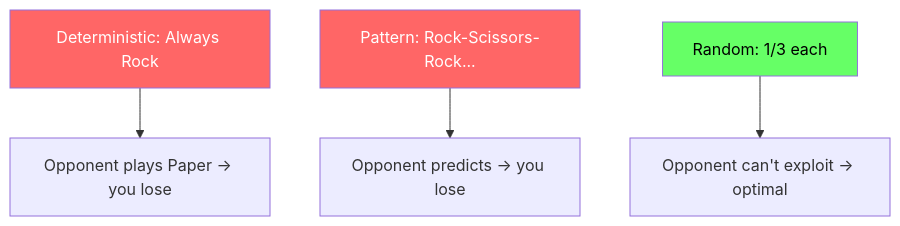
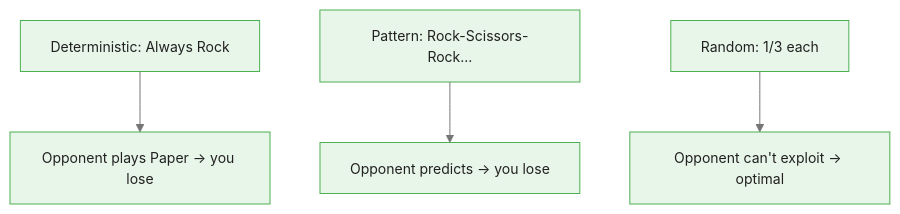
Before and after one commit to m-deane/course-creator: the second of 4 diagrams in courses/multi-armed-bandits-ab-testing/modules/module_06_advanced_topics/guides/03_adversarial_bandits_slides.md, drawn with Mermaid. The commit also changed other lines of this file and 146 other files, not shown here.

````diff
--- a/courses/multi-armed-bandits-ab-testing/modules/module_06_advanced_topics/guides/03_adversarial_bandits_slides.md
+++ b/courses/multi-armed-bandits-ab-testing/modules/module_06_advanced_topics/guides/03_adversarial_bandits_slides.md
@@ -92,10 +118,7 @@
 ```mermaid
+%%{init: {"theme": "base", "themeVariables": {"primaryColor": "#e8f5e9", "primaryBorderColor": "#4caf50", "primaryTextColor": "#212121", "secondaryColor": "#e3f2fd", "tertiaryColor": "#fff8e1", "lineColor": "#757575", "fontFamily": "Inter, sans-serif", "fontSize": "14px"}}}%%
 flowchart TD
     Det["Deterministic: Always Rock"] --> Exploit["Opponent plays Paper → you lose"]
     Pattern["Pattern: Rock-Scissors-Rock..."] --> Predict["Opponent predicts → you lose"]
     Random["Random: 1/3 each"] --> Safe["Opponent can't exploit → optimal"]
-
-    style Det fill:#f66,color:#fff
-    style Pattern fill:#f66,color:#fff
-    style Random fill:#6f6,color:#000
 ```
````
